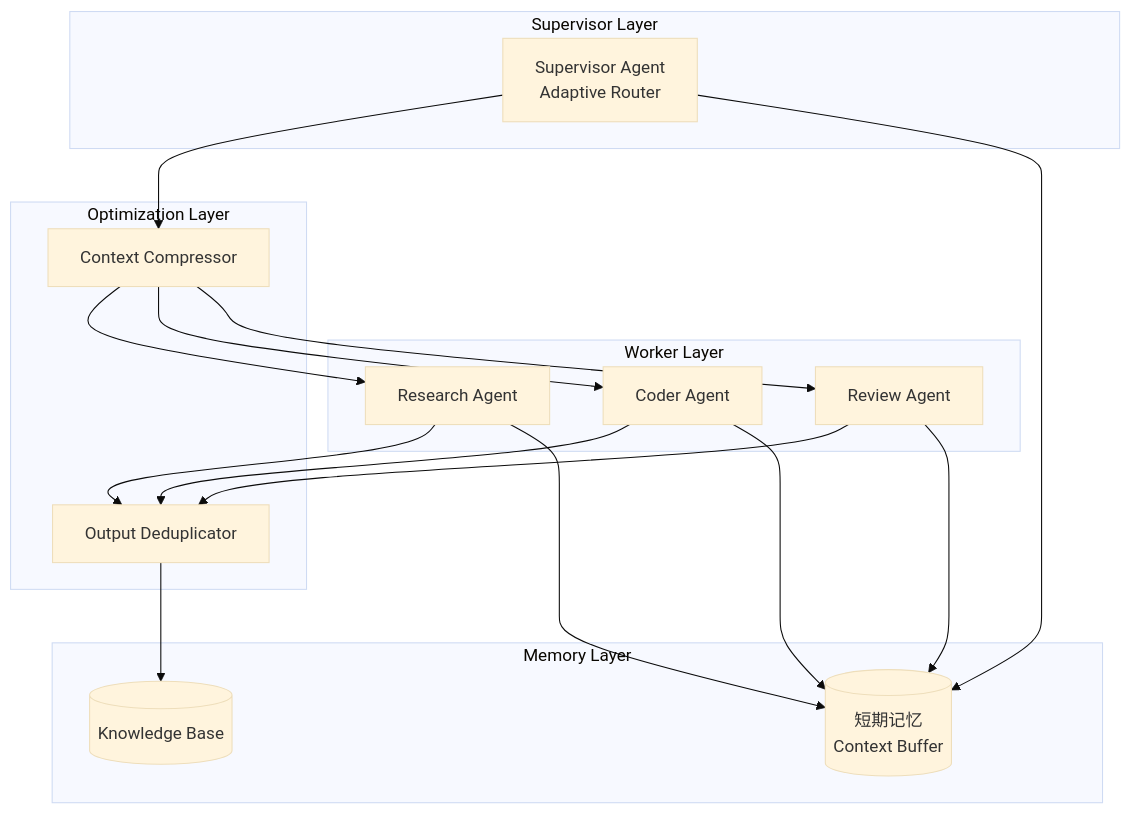
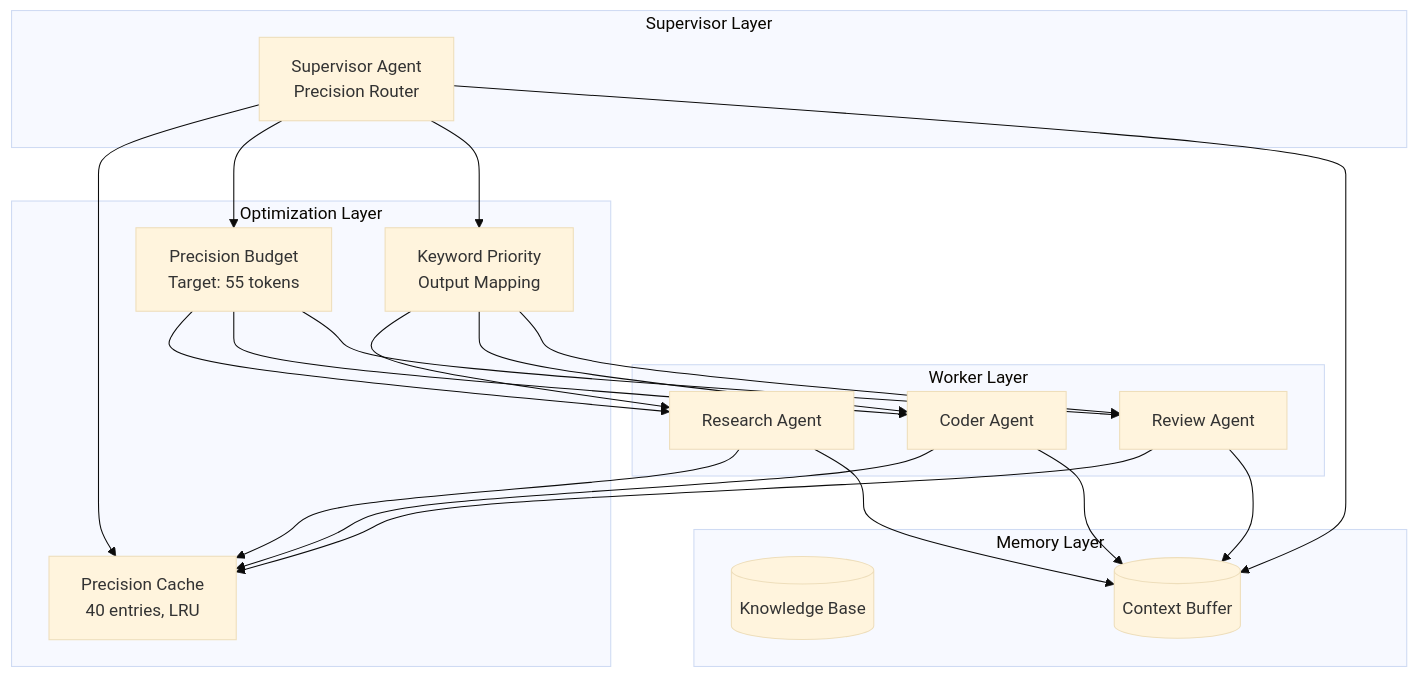
One commit to xiangbianpangde/mas-evolution-test changed the diagram in ARCHITECTURE.md. Above: the diagram before and after it, drawn with Mermaid (base theme). The commit also changed other lines of this file and 6 other files, not shown here.

````diff
--- a/ARCHITECTURE.md
+++ b/ARCHITECTURE.md
@@ -5,35 +5,40 @@
 ```mermaid
 graph TB
     subgraph "Supervisor Layer"
-        S[Supervisor Agent<br/>Adaptive Router]
+        S[Supervisor Agent<br/>Precision Router]
     end
     
     subgraph "Worker Layer"
         W1[Research Agent]
         W2[Coder Agent]
         W3[Review Agent]
     end
     
     subgraph "Optimization Layer"
-        C[Context Compressor]
-        D[Output Deduplicator]
+        PC[Precision Cache<br/>40 entries, LRU]
+        PB[Precision Budget<br/>Target: 55 tokens]
+        KPO[Keyword Priority<br/>Output Mapping]
     end
     
     subgraph "Memory Layer"
         KB[(Knowledge Base)]
-        MEM[(短期记忆<br/>Context Buffer)]
+        MEM[(Context Buffer)]
     end
     
-    S --> C
-    C --> W1
-    C --> W2
-    C --> W3
-    W1 --> D
-    W2 --> D
-    W3 --> D
-    D --> KB
+    S --> PC
+    S --> PB
+    S --> KPO
+    PB --> W1
+    PB --> W2
+    PB --> W3
+    KPO --> W1
+    KPO --> W2
+    KPO --> W3
+    W1 --> PC
+    W2 --> PC
+    W3 --> PC
     S --> MEM
     W1 --> MEM
     W2 --> MEM
     W3 --> MEM
 ```
````
